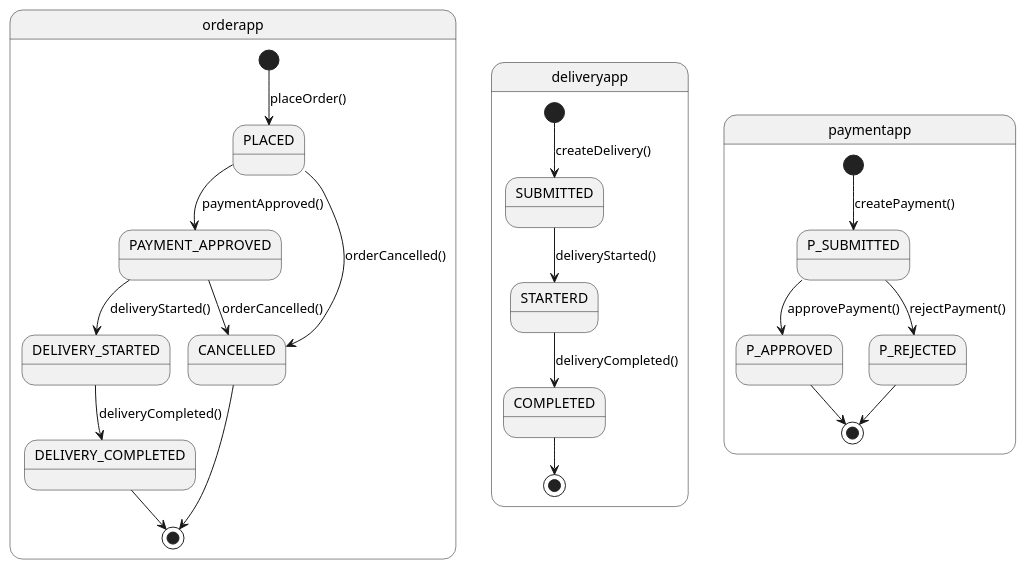
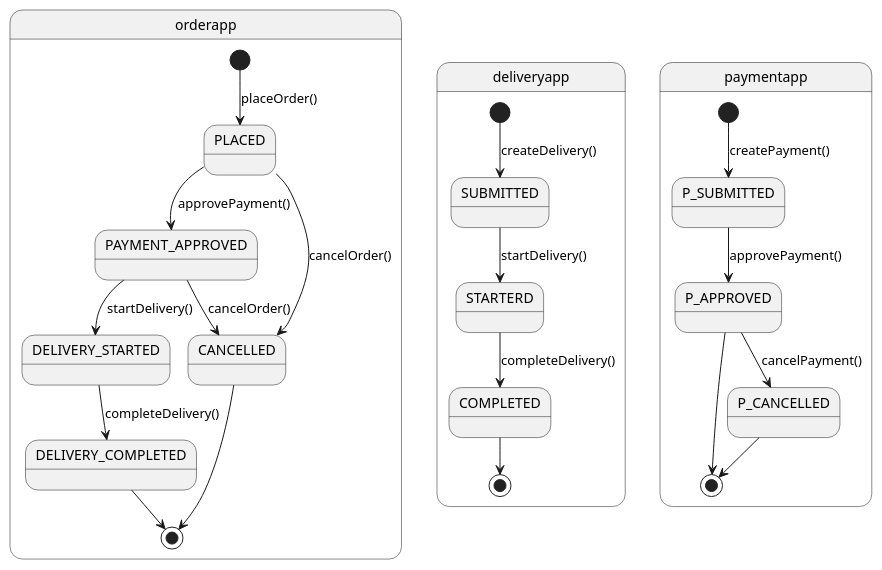
Before and after one commit to jo-minjun/order-delivery-project: the diagram in uml/쇼핑몰상태.puml, drawn with PlantUML. The commit also changed 2 other files, not shown here.

Commit message:
README, uml 수정

```diff
--- a/uml/쇼핑몰상태.puml
+++ b/uml/쇼핑몰상태.puml
@@ -1,36 +1,35 @@
 @startuml
 
 ' deliveryapp.deliveryStarted() -> orderapp.deliveryStarted()
 ' deliveryapp.deliveryCompleted() -> orderapp.deliveryCompleted()
 ' paymentapp.approvePayment() -> orderapp.paymentApproved()
 ' paymentapp.rejectPayment -> orderapp.orderCancelled() ???
 
 state orderapp {
     [*] --> PLACED: placeOrder()
-    PLACED --> PAYMENT_APPROVED: paymentApproved()
-    PAYMENT_APPROVED --> DELIVERY_STARTED: deliveryStarted()
-    DELIVERY_STARTED --> DELIVERY_COMPLETED: deliveryCompleted()
+    PLACED --> PAYMENT_APPROVED: approvePayment()
+    PAYMENT_APPROVED --> DELIVERY_STARTED: startDelivery()
+    DELIVERY_STARTED --> DELIVERY_COMPLETED: completeDelivery()
     DELIVERY_COMPLETED --> [*]
-    PLACED --> CANCELLED: orderCancelled()
-    PAYMENT_APPROVED --> CANCELLED: orderCancelled()
+    PLACED --> CANCELLED: cancelOrder()
+    PAYMENT_APPROVED --> CANCELLED: cancelOrder()
     CANCELLED --> [*] 
 }
 
 state deliveryapp {
     ' CANCELLED ???
     [*] --> SUBMITTED: createDelivery()
-    SUBMITTED --> STARTERD: deliveryStarted()
-    STARTERD --> COMPLETED: deliveryCompleted()
+    SUBMITTED --> STARTERD: startDelivery()
+    STARTERD --> COMPLETED: completeDelivery()
     COMPLETED --> [*]
 }
-
 
 state paymentapp {
     [*] --> P_SUBMITTED: createPayment()
     P_SUBMITTED --> P_APPROVED: approvePayment()
     P_APPROVED --> [*]
-    P_SUBMITTED --> P_REJECTED: rejectPayment()
-    P_REJECTED --> [*]
+    P_APPROVED --> P_CANCELLED: cancelPayment()
+    P_CANCELLED --> [*]
 }
 
 @enduml
```
